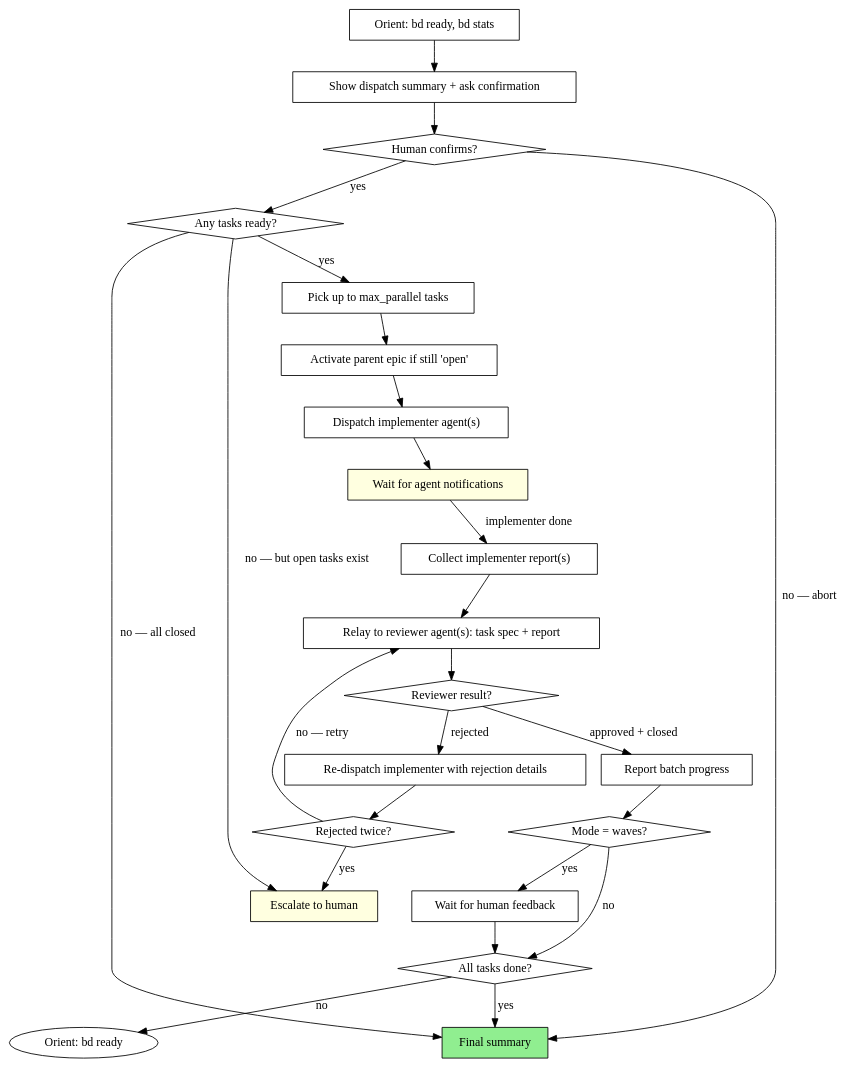
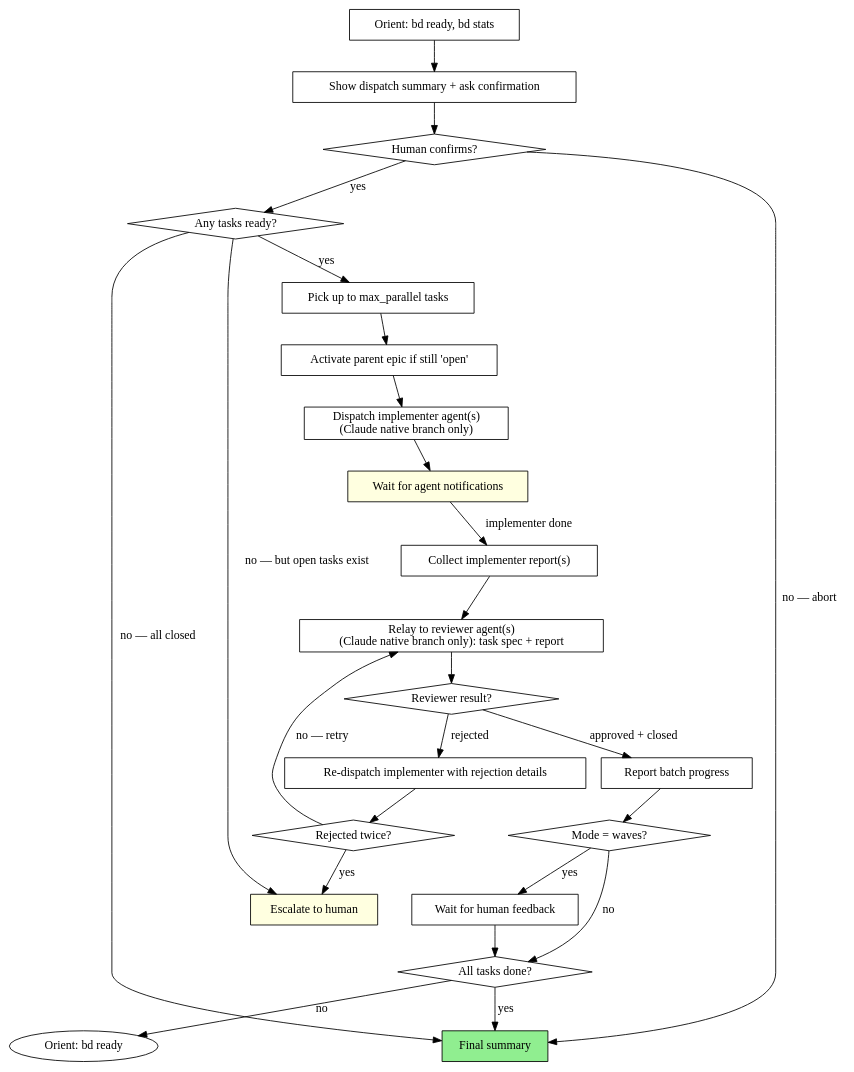
The diagram in claude/marketplace/plugins/infinifu/skills/plan-scrum-master/SKILL.md (b3tchi/dotfiles), drawn with Graphviz before and after one commit. The commit also changed other lines of this file and 4 other files, not shown here.

Commit message:
docs(orchestration): branch Pi and Claude dispatch contracts [sp027 T5]

````diff
--- a/claude/marketplace/plugins/infinifu/skills/plan-scrum-master/SKILL.md
+++ b/claude/marketplace/plugins/infinifu/skills/plan-scrum-master/SKILL.md
@@ -98,50 +146,50 @@
 ```dot
 digraph scrum_master {
     rankdir=TB;
 
     "Orient: bd ready, bd stats" [shape=box];
     "Show dispatch summary + ask confirmation" [shape=box];
     "Human confirms?" [shape=diamond];
     "Any tasks ready?" [shape=diamond];
     "Pick up to max_parallel tasks" [shape=box];
-    "Dispatch implementer agent(s)" [shape=box];
+    "Dispatch implementer agent(s)\n(Claude native branch only)" [shape=box];
     "Collect implementer report(s)" [shape=box];
-    "Relay to reviewer agent(s): task spec + report" [shape=box];
+    "Relay to reviewer agent(s)\n(Claude native branch only): task spec + report" [shape=box];
     "Reviewer result?" [shape=diamond];
     "Re-dispatch implementer with rejection details" [shape=box];
     "Rejected twice?" [shape=diamond];
     "Escalate to human" [shape=box style=filled fillcolor=lightyellow];
     "Report batch progress" [shape=box];
     "Mode = waves?" [shape=diamond];
     "Wait for human feedback" [shape=box];
     "All tasks done?" [shape=diamond];
     "Final summary" [shape=box style=filled fillcolor=lightgreen];
 
     "Orient: bd ready, bd stats" -> "Show dispatch summary + ask confirmation";
     "Show dispatch summary + ask confirmation" -> "Human confirms?";
     "Human confirms?" -> "Any tasks ready?" [label="yes"];
     "Human confirms?" -> "Final summary" [label="no — abort"];
     "Any tasks ready?" -> "Pick up to max_parallel tasks" [label="yes"];
     "Any tasks ready?" -> "Final summary" [label="no — all closed"];
     "Any tasks ready?" -> "Escalate to human" [label="no — but open tasks exist"];
     "Pick up to max_parallel tasks" -> "Activate parent epic if still 'open'";
     "Activate parent epic if still 'open'" [shape=box];
-    "Activate parent epic if still 'open'" -> "Dispatch implementer agent(s)";
-    "Dispatch implementer agent(s)" -> "Wait for agent notifications";
+    "Activate parent epic if still 'open'" -> "Dispatch implementer agent(s)\n(Claude native branch only)";
+    "Dispatch implementer agent(s)\n(Claude native branch only)" -> "Wait for agent notifications";
     "Wait for agent notifications" [shape=box style=filled fillcolor=lightyellow];
     "Wait for agent notifications" -> "Collect implementer report(s)" [label="implementer done"];
-    "Collect implementer report(s)" -> "Relay to reviewer agent(s): task spec + report";
-    "Relay to reviewer agent(s): task spec + report" -> "Reviewer result?";
+    "Collect implementer report(s)" -> "Relay to reviewer agent(s)\n(Claude native branch only): task spec + report";
+    "Relay to reviewer agent(s)\n(Claude native branch only): task spec + report" -> "Reviewer result?";
     "Reviewer result?" -> "Report batch progress" [label="approved + closed"];
     "Reviewer result?" -> "Re-dispatch implementer with rejection details" [label="rejected"];
     "Re-dispatch implementer with rejection details" -> "Rejected twice?";
-    "Rejected twice?" -> "Relay to reviewer agent(s): task spec + report" [label="no — retry"];
+    "Rejected twice?" -> "Relay to reviewer agent(s)\n(Claude native branch only): task spec + report" [label="no — retry"];
     "Rejected twice?" -> "Escalate to human" [label="yes"];
     "Report batch progress" -> "Mode = waves?";
     "Mode = waves?" -> "Wait for human feedback" [label="yes"];
     "Mode = waves?" -> "All tasks done?" [label="no"];
     "Wait for human feedback" -> "All tasks done?";
     "All tasks done?" -> "Orient: bd ready" [label="no"];
     "All tasks done?" -> "Final summary" [label="yes"];
 }
 ```
````
